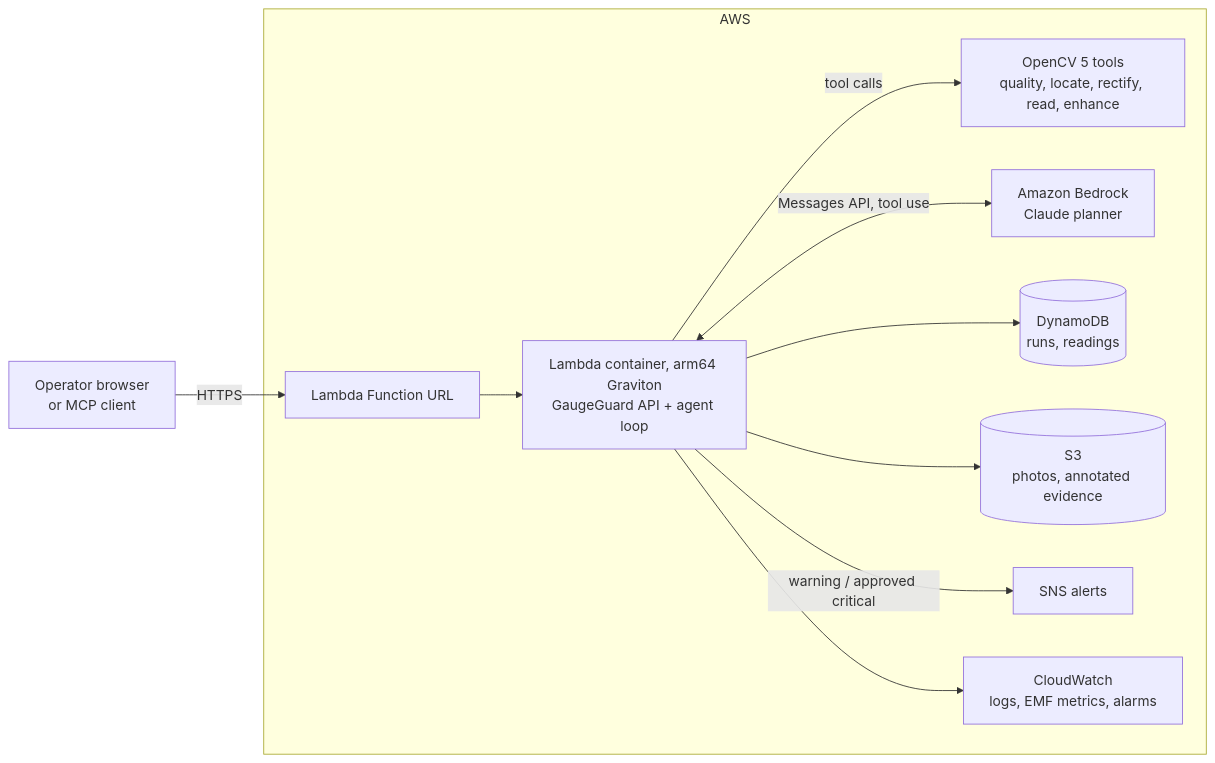
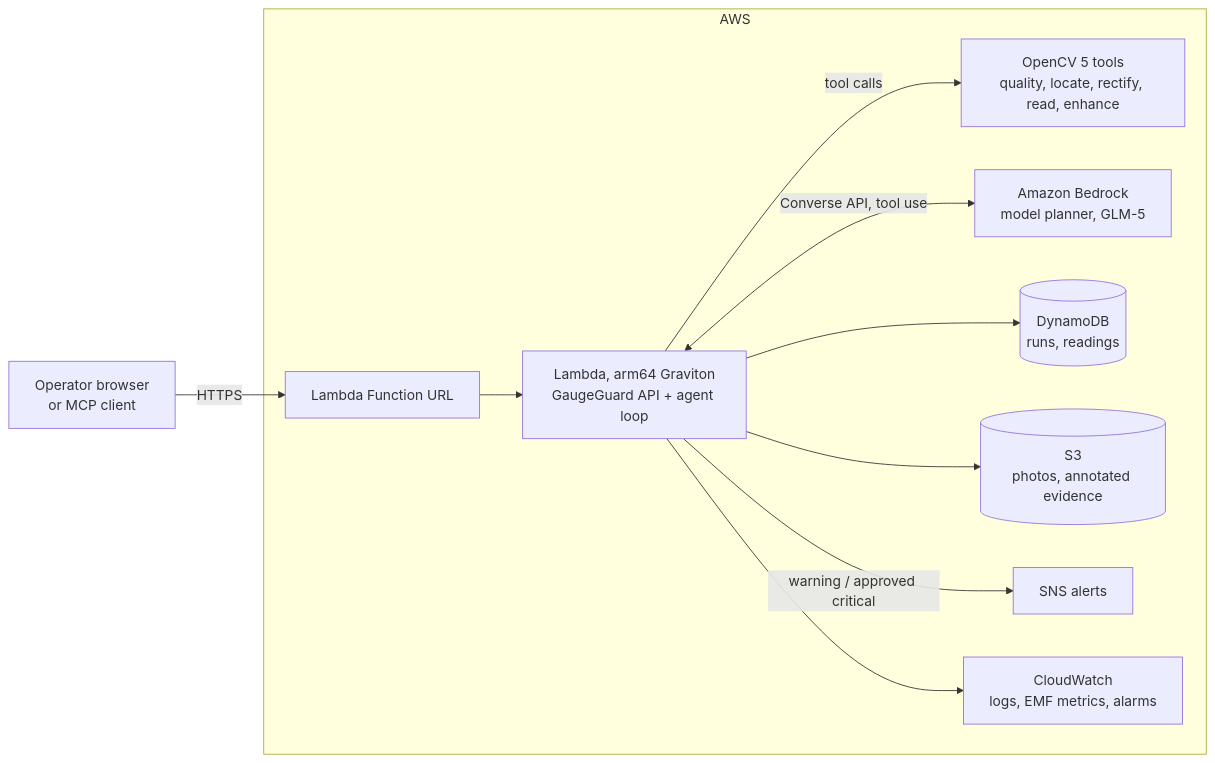
One commit to yzd767621/gaugeguard changed the first of 2 diagrams in README.md. Above: the diagram before and after it, drawn with Mermaid. The commit also changed other lines of this file and 16 other files, not shown here.

Commit message:
Model planner on the Bedrock Converse API (GLM-5 default); compare five models live; deploy and record a live trace

````diff
--- a/README.md
+++ b/README.md
@@ -39,13 +45,13 @@
 ```mermaid
 flowchart LR
   U[Operator browser<br/>or MCP client] -->|HTTPS| F[Lambda Function URL]
   subgraph AWS
-    F --> L[Lambda container, arm64 Graviton<br/>GaugeGuard API + agent loop]
+    F --> L[Lambda, arm64 Graviton<br/>GaugeGuard API + agent loop]
     L -->|tool calls| CV[OpenCV 5 tools<br/>quality, locate, rectify, read, enhance]
-    L <-->|Messages API, tool use| B[Amazon Bedrock<br/>Claude planner]
+    L <-->|Converse API, tool use| B[Amazon Bedrock<br/>model planner, GLM-5]
     L --> D[(DynamoDB<br/>runs, readings)]
     L --> S[(S3<br/>photos, annotated evidence)]
     L -->|warning / approved critical| N[SNS alerts]
     L --> C[CloudWatch<br/>logs, EMF metrics, alarms]
   end
 ```
````
